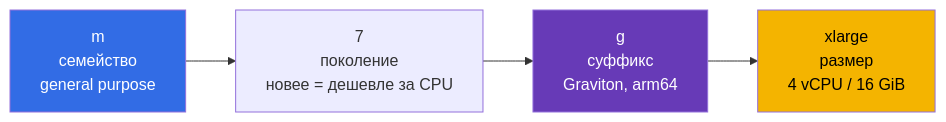
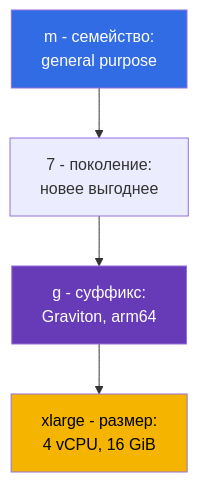
Before and after one commit to ViktorUJ/cks: the second of 3 diagrams in tasks/eks/course/00-4-ec2/ru.md, drawn with Mermaid. The commit also changed other lines of this file and 52 other files, not shown here.

````diff
--- a/tasks/eks/course/00-4-ec2/ru.md
+++ b/tasks/eks/course/00-4-ec2/ru.md
@@ -55,9 +55,9 @@
 ```mermaid
-flowchart LR
-    fam["m<br>семейство<br>general purpose"] --> gen["7<br>поколение<br>новее = дешевле за CPU"]
-    gen --> suf["g<br>суффикс<br>Graviton, arm64"]
-    suf --> size["xlarge<br>размер<br>4 vCPU / 16 GiB"]
+flowchart TB
+    fam["m - семейство:<br/>general purpose"] --> gen["7 - поколение:<br/>новее выгоднее"]
+    gen --> suf["g - суффикс:<br/>Graviton, arm64"]
+    suf --> size["xlarge - размер:<br/>4 vCPU, 16 GiB"]
     style fam fill:#326ce5,color:#fff
     style suf fill:#673ab7,color:#fff
     style size fill:#f4b400,color:#000
 ```
````
